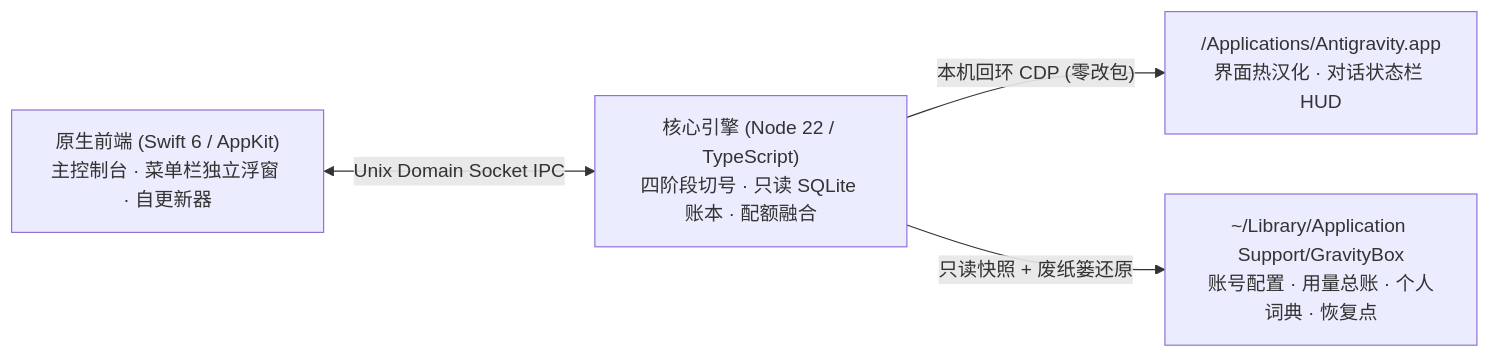
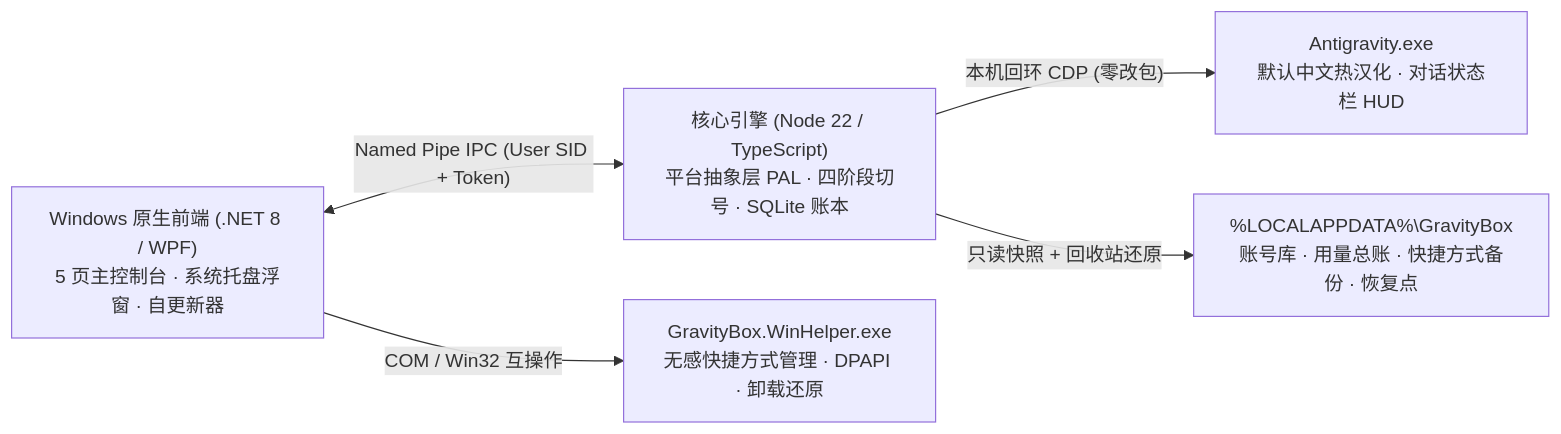
The diagram in README.zh-CN.md (Rss3208/gravitybox-win), drawn with Mermaid before and after one commit. The commit also changed other lines of this file and 49 other files, not shown here.

First line of the commit message:
docs: prepare open-source release of GravityBox for Windows (Rss3208/gravitybox-win)

````diff
--- a/README.zh-CN.md
+++ b/README.zh-CN.md
@@ -267,6 +261,7 @@
 ```mermaid
 flowchart LR
-  UI["原生前端 (Swift 6 / AppKit)<br/>主控制台 · 菜单栏独立浮窗 · 自更新器"] <-->|"Unix Domain Socket IPC"| Core["核心引擎 (Node 22 / TypeScript)<br/>四阶段切号 · 只读 SQLite 账本 · 配额融合"]
-  Core -->|"本机回环 CDP (零改包)"| IDE["/Applications/Antigravity.app<br/>界面热汉化 · 对话状态栏 HUD"]
-  Core -->|"只读快照 + 废纸篓还原"| Local["~/Library/Application Support/GravityBox<br/>账号配置 · 用量总账 · 个人词典 · 恢复点"]
+  UI["Windows 原生前端 (.NET 8 / WPF)<br/>5 页主控制台 · 系统托盘浮窗 · 自更新器"] <-->|"Named Pipe IPC (User SID + Token)"| Core["核心引擎 (Node 22 / TypeScript)<br/>平台抽象层 PAL · 四阶段切号 · SQLite 账本"]
+  UI -->|"COM / Win32 互操作"| Helper["GravityBox.WinHelper.exe<br/>无感快捷方式管理 · DPAPI · 卸载还原"]
+  Core -->|"本机回环 CDP (零改包)"| IDE["Antigravity.exe<br/>默认中文热汉化 · 对话状态栏 HUD"]
+  Core -->|"只读快照 + 回收站还原"| Local["%LOCALAPPDATA%\GravityBox<br/>账号库 · 用量总账 · 快捷方式备份 · 恢复点"]
 ```
````
